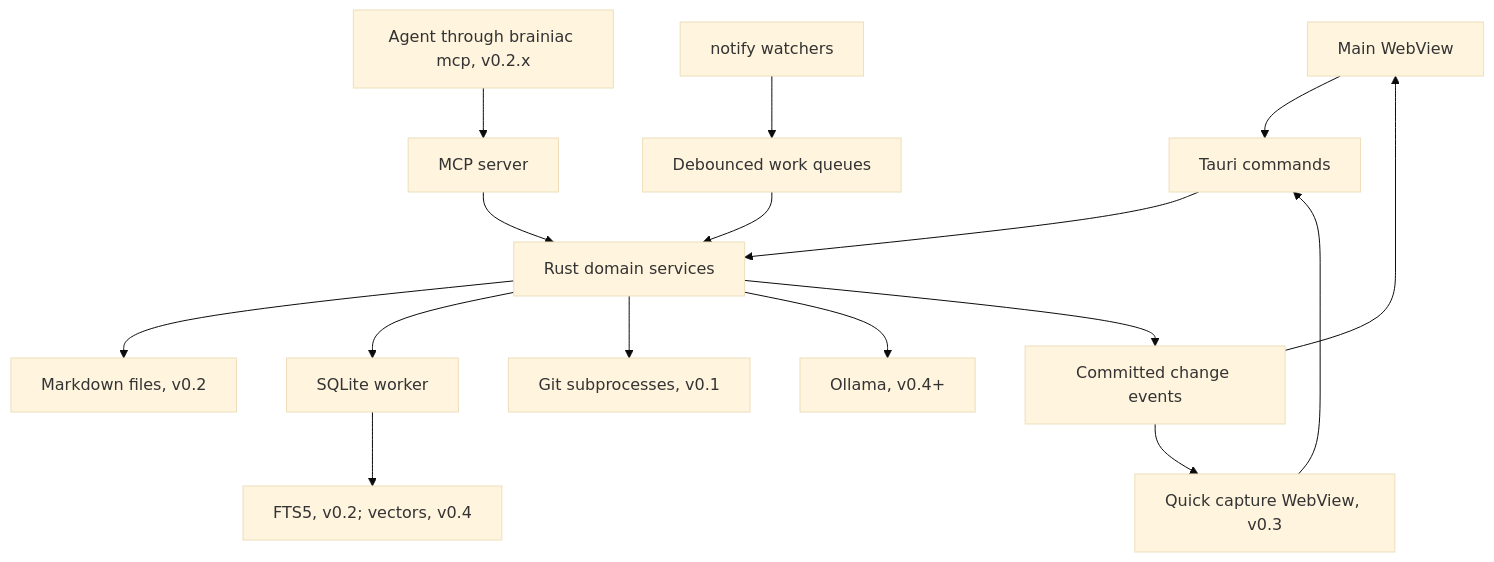
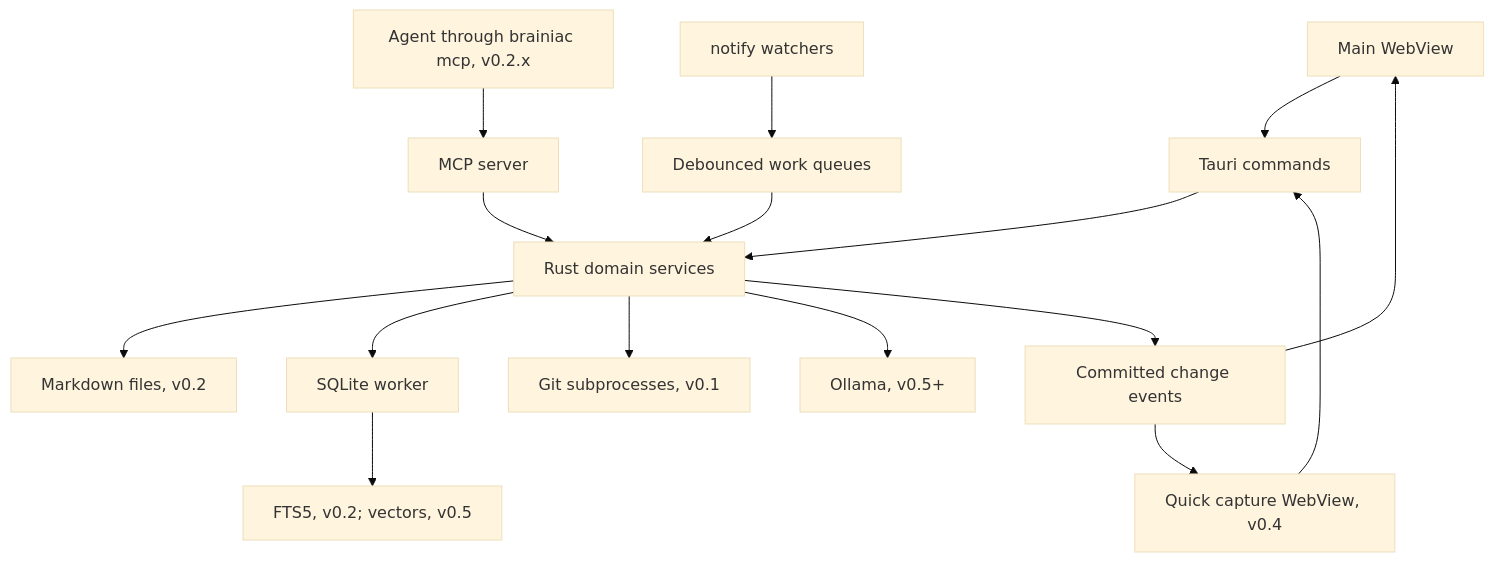
One commit to B87/brainiac changed the first of 2 diagrams in docs/architecture.md. Above: the diagram before and after it, drawn with Mermaid (base theme). The commit also changed other lines of this file and 3 other files, not shown here.

First line of the commit message:
Roadmap: pull requests become v0.3

````diff
--- a/docs/architecture.md
+++ b/docs/architecture.md
@@ -36,18 +36,18 @@
 ```mermaid
 flowchart TD
     Main[Main WebView] --> IPC[Tauri commands]
     Agent[Agent through brainiac mcp, v0.2.x] --> MCP[MCP server]
     MCP --> Services
-    Capture[Quick capture WebView, v0.3] --> IPC
+    Capture[Quick capture WebView, v0.4] --> IPC
     IPC --> Services[Rust domain services]
     Services --> Files[Markdown files, v0.2]
     Services --> DB[SQLite worker]
     Watch[notify watchers] --> Queue[Debounced work queues]
     Queue --> Services
     Services --> Git[Git subprocesses, v0.1]
-    Services --> AI[Ollama, v0.4+]
-    DB --> Search[FTS5, v0.2; vectors, v0.4]
+    Services --> AI[Ollama, v0.5+]
+    DB --> Search[FTS5, v0.2; vectors, v0.5]
     Services --> Events[Committed change events]
     Events --> Main
     Events --> Capture
 ```
````
